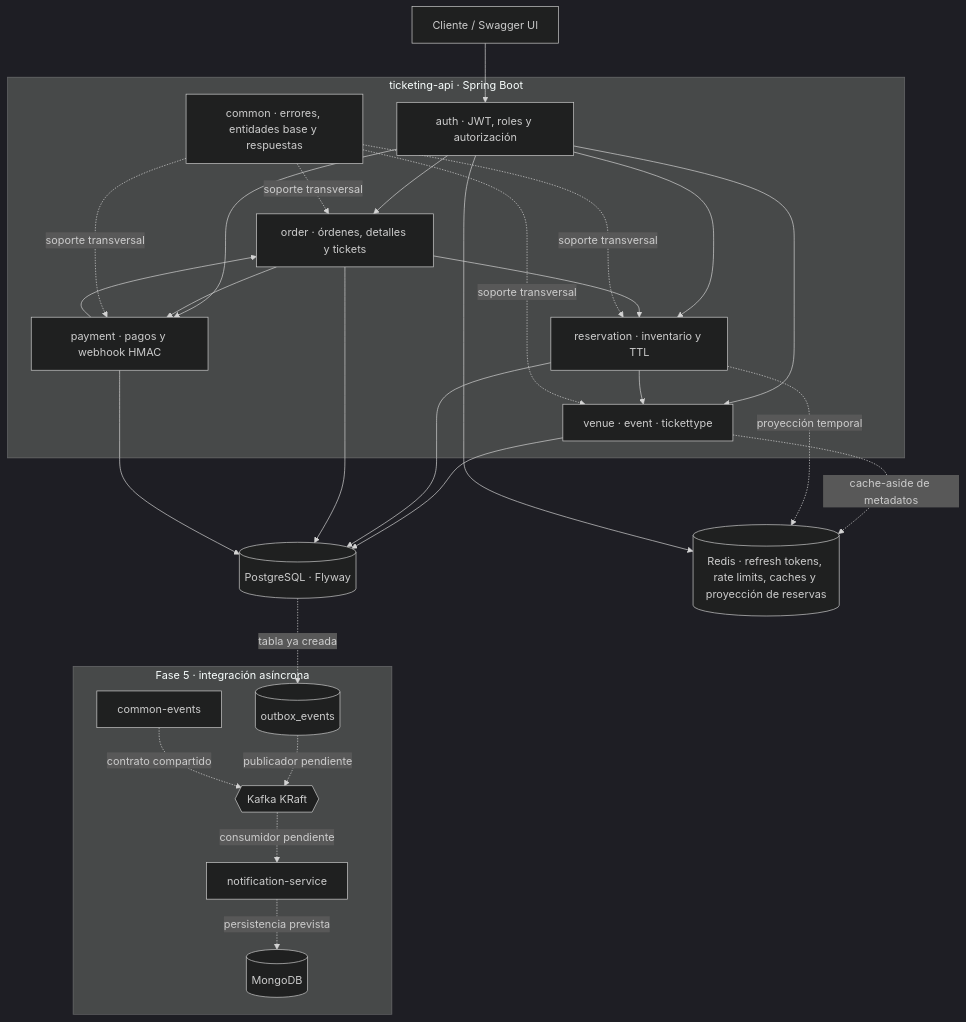
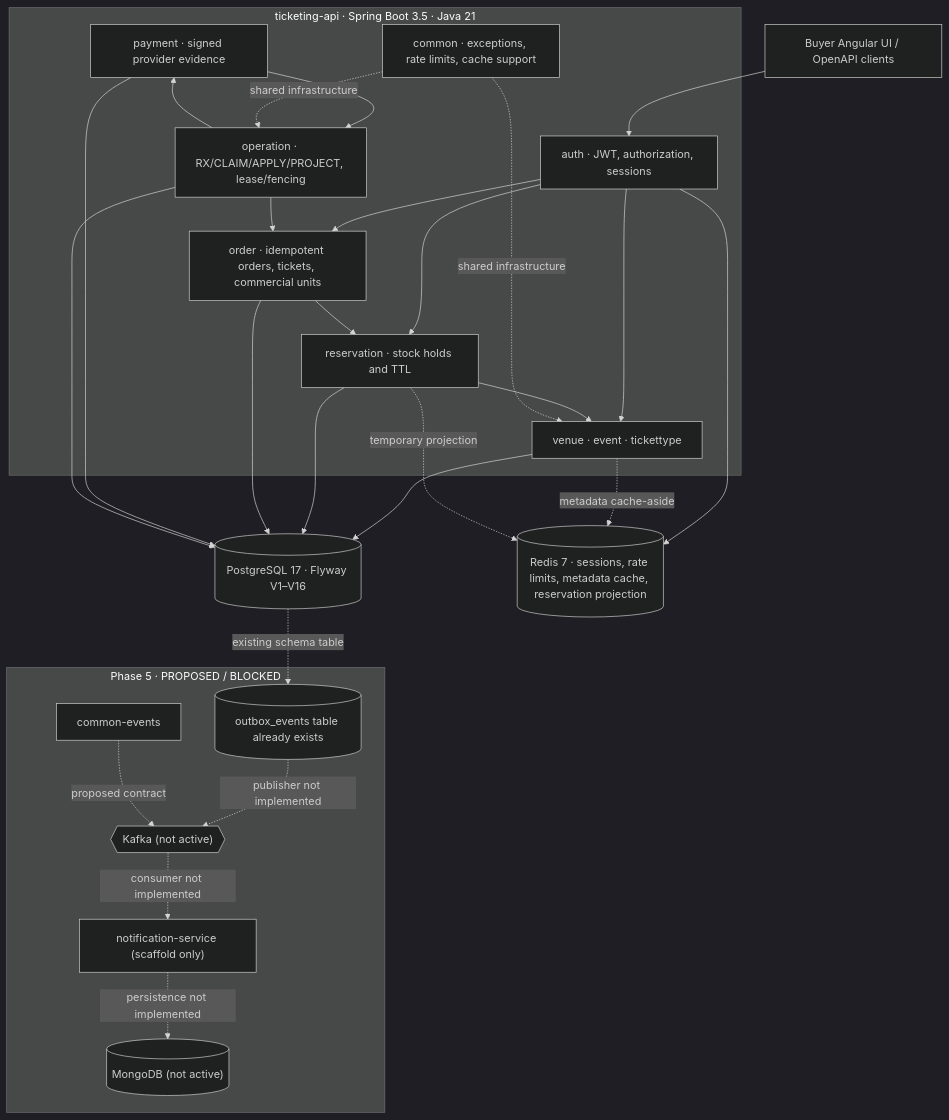
One commit to dab960405/tickeringsystem changed the first of 2 diagrams in docs/architecture.md. Above: the diagram before and after it, drawn with Mermaid (dark theme). The commit also changed other lines of this file and 2 other files, not shown here.

Commit message:
docs(architecture): document verified recovery and local operation in English

````diff
--- a/docs/architecture.md
+++ b/docs/architecture.md
@@ -7,46 +7,47 @@
 ```mermaid
 flowchart TB
-    client[Cliente / Swagger UI]
-    subgraph api["ticketing-api · Spring Boot"]
-      security[auth · JWT, roles y autorización]
-      catalog[venue · event · tickettype]
-      reservation[reservation · inventario y TTL]
-      order[order · órdenes, detalles y tickets]
-      payment[payment · pagos y webhook HMAC]
-      common[common · errores, entidades base y respuestas]
-      security --> catalog
-      security --> reservation
-      security --> order
-      security --> payment
+    client["Buyer Angular UI / OpenAPI clients"]
+    subgraph api["ticketing-api · Spring Boot 3.5 · Java 21"]
+      auth["auth · JWT, authorization, sessions"]
+      catalog["venue · event · tickettype"]
+      reservation["reservation · stock holds and TTL"]
+      order["order · idempotent orders, tickets, commercial units"]
+      payment["payment · signed provider evidence"]
+      operation["operation · RX/CLAIM/APPLY/PROJECT, lease/fencing"]
+      common["common · exceptions, rate limits, cache support"]
+      auth --> catalog
+      auth --> reservation
+      auth --> order
       reservation --> catalog
       order --> reservation
-      order --> payment
-      payment --> order
-      common -. soporte transversal .-> catalog
-      common -. soporte transversal .-> reservation
-      common -. soporte transversal .-> order
-      common -. soporte transversal .-> payment
+      payment --> operation
+      operation --> payment
+      operation --> order
+      common -. shared infrastructure .-> catalog
+      common -. shared infrastructure .-> operation
     end
-    postgres[(PostgreSQL · Flyway)]
-    redis[(Redis · refresh tokens, rate limits, caches y proyección de reservas)]
-    client --> security
+    postgres[("PostgreSQL 17 · Flyway V1–V16")]
+    redis[("Redis 7 · sessions, rate limits, metadata cache, reservation projection")]
+    client --> auth
     catalog --> postgres
-    catalog -. cache-aside de metadatos .-> redis
     reservation --> postgres
-    reservation -. proyección temporal .-> redis
     order --> postgres
     payment --> postgres
-    security --> redis
-    subgraph future["Fase 5 · integración asíncrona"]
-      outbox[(outbox_events)]
-      kafka{{Kafka KRaft}}
-      events[common-events]
-      notifier[notification-service]
-      mongo[(MongoDB)]
-      outbox -. publicador pendiente .-> kafka
-      events -. contrato compartido .-> kafka
-      kafka -. consumidor pendiente .-> notifier
-      notifier -. persistencia prevista .-> mongo
+    operation --> postgres
+    auth --> redis
+    catalog -. metadata cache-aside .-> redis
+    reservation -. temporary projection .-> redis
+
+    subgraph future["Phase 5 · PROPOSED / BLOCKED"]
+      outbox[("outbox_events table already exists")]
+      kafka{{"Kafka (not active)"}}
+      envelope["common-events"]
+      notifier["notification-service (scaffold only)"]
+      mongo[("MongoDB (not active)")]
+      outbox -. publisher not implemented .-> kafka
+      envelope -. proposed contract .-> kafka
+      kafka -. consumer not implemented .-> notifier
+      notifier -. persistence not implemented .-> mongo
     end
-    postgres -. tabla ya creada .-> outbox
+    postgres -. existing schema table .-> outbox
 ```
````
